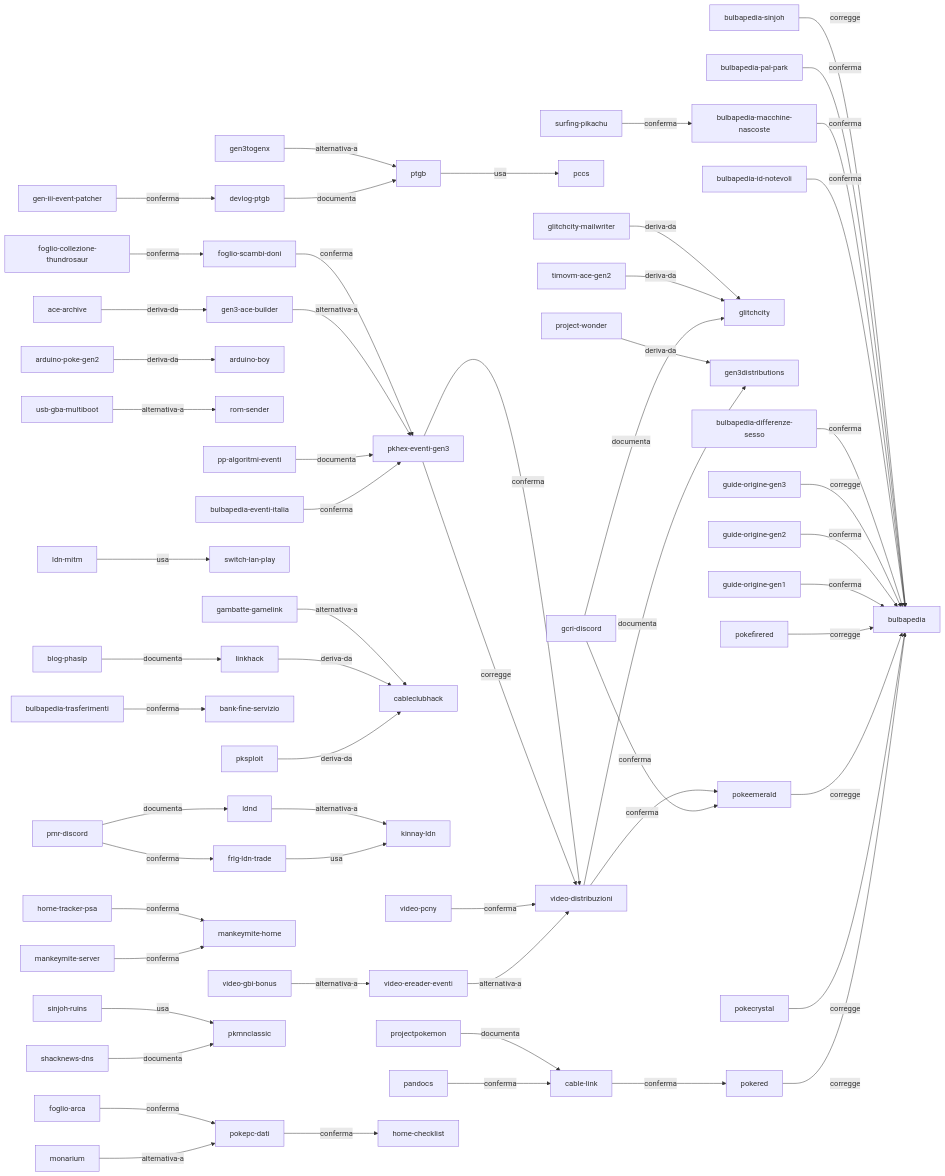
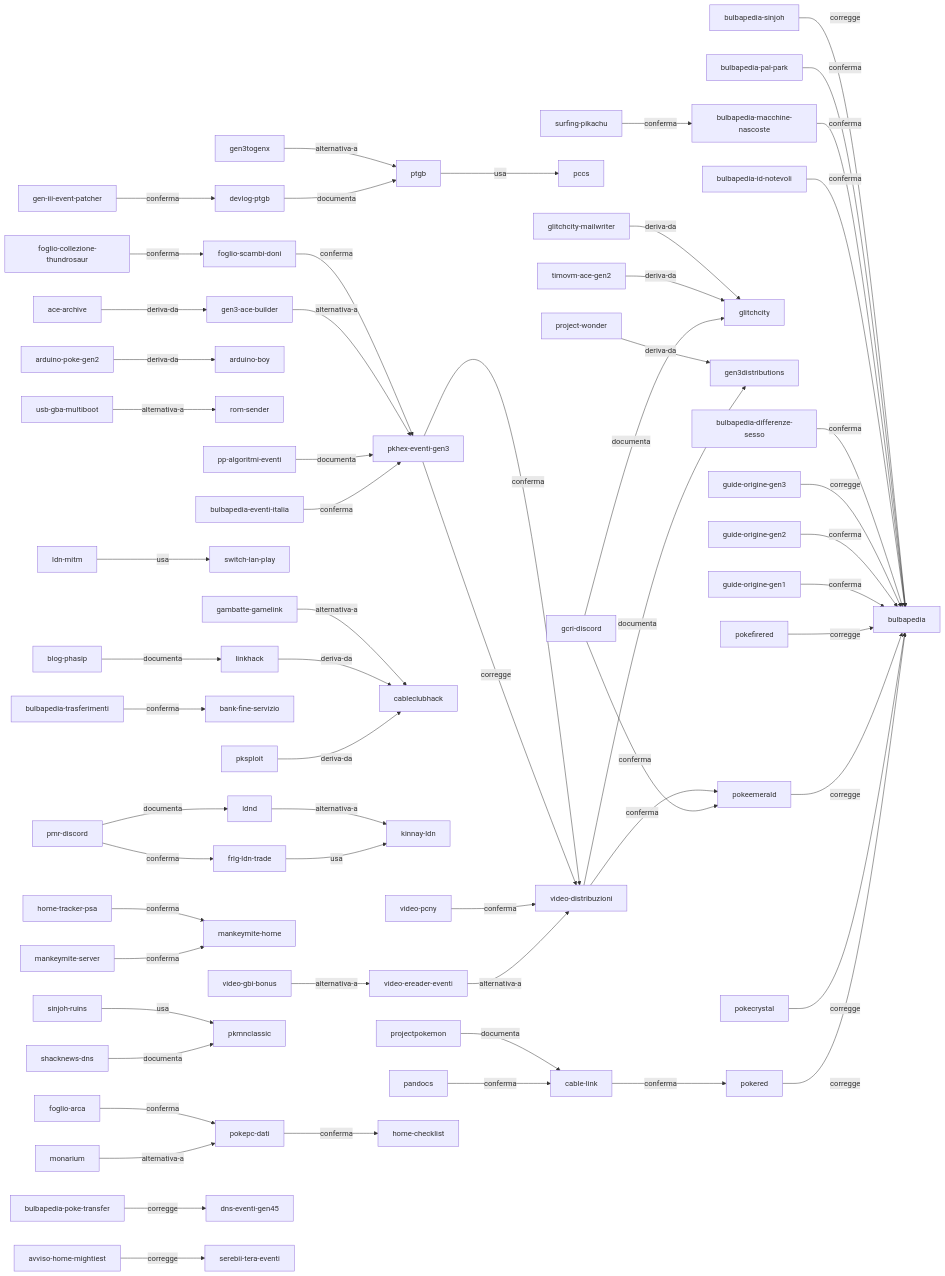
Before and after one commit to alesop95/retrogame-mod-pok-dev: the diagram in docs/fonti/index-fonti.md, drawn with Mermaid. The commit also changed other lines of this file and 19 other files, not shown here.

````diff
--- a/docs/fonti/index-fonti.md
+++ b/docs/fonti/index-fonti.md
@@ -15,60 +15,62 @@
 ```mermaid
 graph LR
   pokered -- corregge --> bulbapedia
   pokecrystal -- corregge --> bulbapedia
   pokeemerald -- corregge --> bulbapedia
   pokefirered -- corregge --> bulbapedia
   pandocs -- conferma --> cable-link
   devlog-ptgb -- documenta --> ptgb
   ptgb -- usa --> pccs
   gen3togenx -- alternativa-a --> ptgb
   cable-link -- conferma --> pokered
   pksploit -- deriva-da --> cableclubhack
   linkhack -- deriva-da --> cableclubhack
   blog-phasip -- documenta --> linkhack
   arduino-poke-gen2 -- deriva-da --> arduino-boy
   usb-gba-multiboot -- alternativa-a --> rom-sender
   frlg-ldn-trade -- usa --> kinnay-ldn
   ldnd -- alternativa-a --> kinnay-ldn
   pmr-discord -- conferma --> frlg-ldn-trade
   pmr-discord -- documenta --> ldnd
   ldn-mitm -- usa --> switch-lan-play
   gcri-discord -- conferma --> pokeemerald
   gcri-discord -- documenta --> glitchcity
   gambatte-gamelink -- alternativa-a --> cableclubhack
   projectpokemon -- documenta --> cable-link
   video-distribuzioni -- conferma --> pokeemerald
   video-distribuzioni -- documenta --> gen3distributions
   video-ereader-eventi -- alternativa-a --> video-distribuzioni
   video-pcny -- conferma --> video-distribuzioni
   video-gbi-bonus -- alternativa-a --> video-ereader-eventi
   bulbapedia-trasferimenti -- conferma --> bank-fine-servizio
   pkhex-eventi-gen3 -- corregge --> video-distribuzioni
   pkhex-eventi-gen3 -- conferma --> video-distribuzioni
   bulbapedia-eventi-italia -- conferma --> pkhex-eventi-gen3
   gen-iii-event-patcher -- conferma --> devlog-ptgb
   project-wonder -- deriva-da --> gen3distributions
   pp-algoritmi-eventi -- documenta --> pkhex-eventi-gen3
   gen3-ace-builder -- alternativa-a --> pkhex-eventi-gen3
   ace-archive -- deriva-da --> gen3-ace-builder
   mankeymite-server -- conferma --> mankeymite-home
   home-tracker-psa -- conferma --> mankeymite-home
   guide-origine-gen1 -- conferma --> bulbapedia
   guide-origine-gen2 -- conferma --> bulbapedia
   guide-origine-gen3 -- corregge --> bulbapedia
   bulbapedia-differenze-sesso -- conferma --> bulbapedia
   bulbapedia-id-notevoli -- conferma --> bulbapedia
   foglio-scambi-doni -- conferma --> pkhex-eventi-gen3
   timovm-ace-gen2 -- deriva-da --> glitchcity
   glitchcity-mailwriter -- deriva-da --> glitchcity
   shacknews-dns -- documenta --> pkmnclassic
   sinjoh-ruins -- usa --> pkmnclassic
   bulbapedia-macchine-nascoste -- conferma --> bulbapedia
   surfing-pikachu -- conferma --> bulbapedia-macchine-nascoste
   pokepc-dati -- conferma --> home-checklist
   monarium -- alternativa-a --> pokepc-dati
   foglio-arca -- conferma --> pokepc-dati
   foglio-collezione-thundrosaur -- conferma --> foglio-scambi-doni
   bulbapedia-pal-park -- conferma --> bulbapedia
   bulbapedia-sinjoh -- corregge --> bulbapedia
+  bulbapedia-poke-transfer -- corregge --> dns-eventi-gen45
+  avviso-home-mightiest -- corregge --> serebii-tera-eventi
 ```
````
